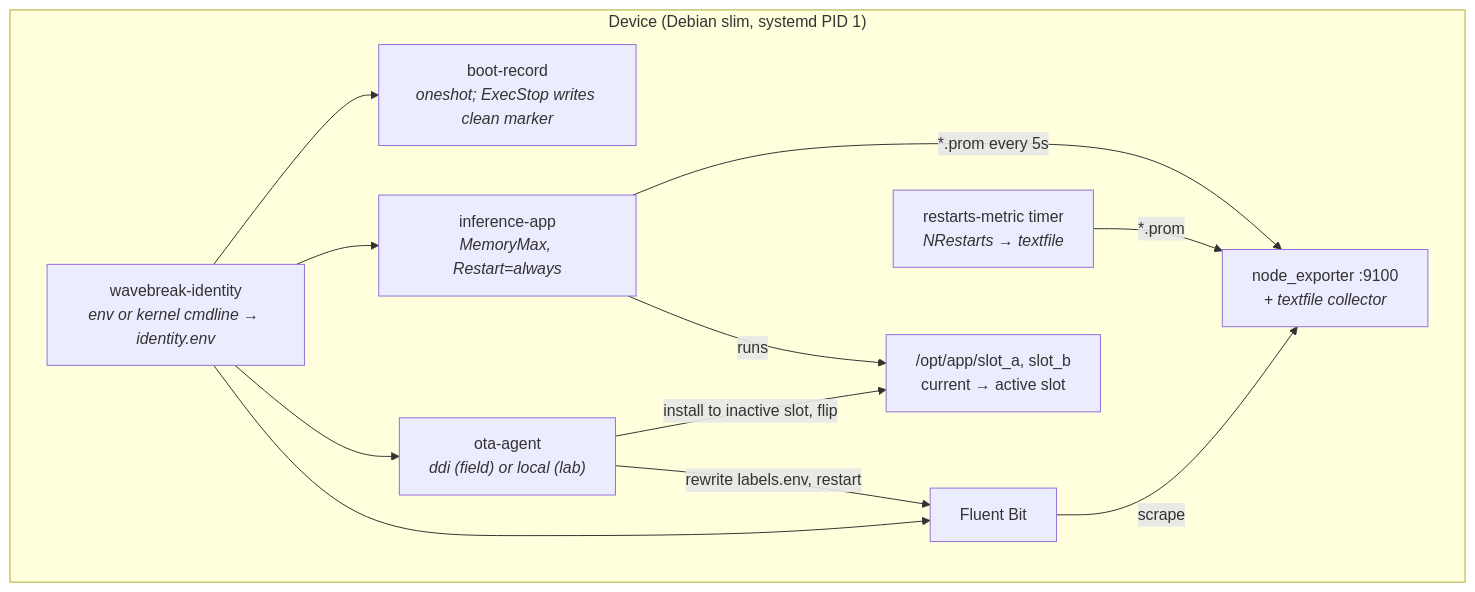
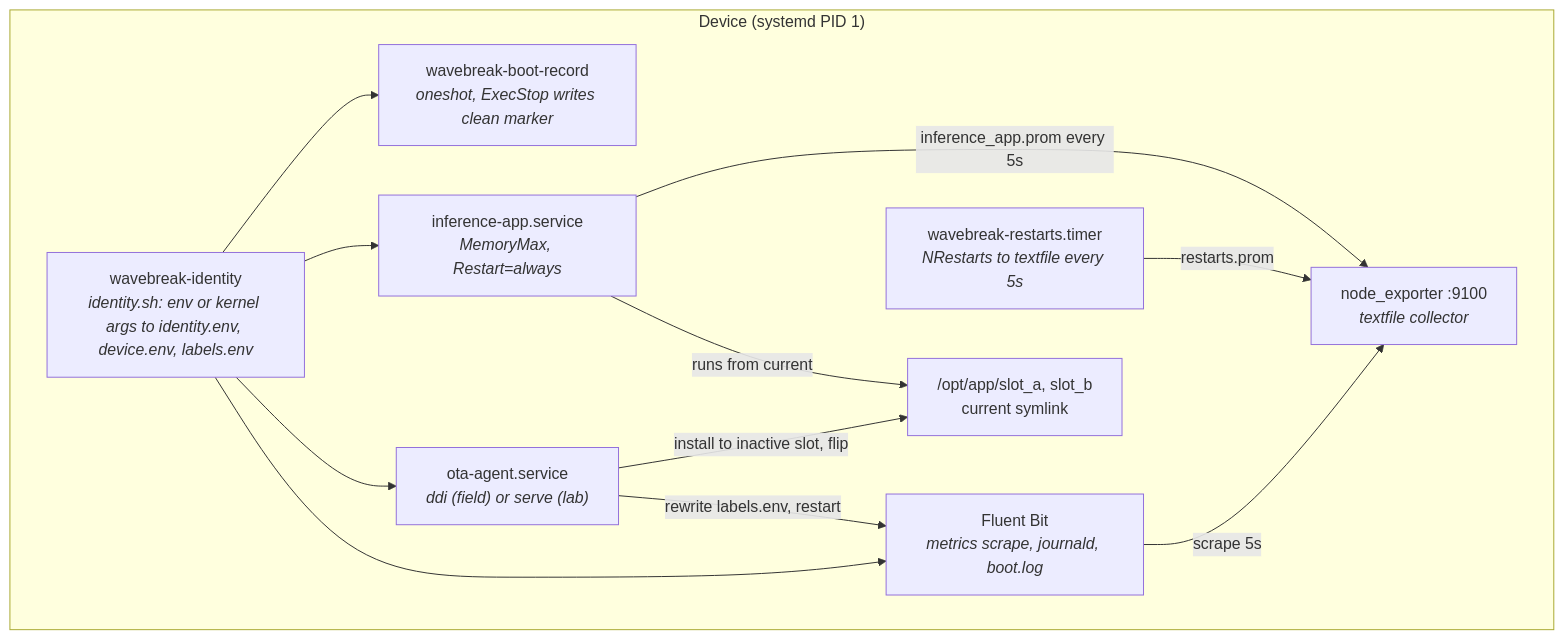
The third of 16 diagrams in docs/architecture.md (phoenixsac/wavebreak), drawn with Mermaid before and after one commit. The commit also changed other lines of this file and 1 other file, not shown here.

First line of the commit message:
Reconcile architecture docs with code

````diff
--- a/docs/architecture.md
+++ b/docs/architecture.md
@@ -116,21 +185,21 @@
 ```mermaid
 flowchart TB
-    subgraph dev["Device (Debian slim, systemd PID 1)"]
-        ident["wavebreak-identity<br/><i>env or kernel cmdline → identity.env</i>"]
-        boot["boot-record<br/><i>oneshot; ExecStop writes clean marker</i>"]
-        app["inference-app<br/><i>MemoryMax, Restart=always</i>"]
-        rst["restarts-metric timer<br/><i>NRestarts → textfile</i>"]
-        ne["node_exporter :9100<br/><i>+ textfile collector</i>"]
-        fb["Fluent Bit"]
-        ota["ota-agent<br/><i>ddi (field) or local (lab)</i>"]
-        slots["/opt/app/slot_a, slot_b<br/>current → active slot"]
+    subgraph dev["Device (systemd PID 1)"]
+        ident["wavebreak-identity<br/><i>identity.sh: env or kernel args to identity.env, device.env, labels.env</i>"]
+        boot["wavebreak-boot-record<br/><i>oneshot, ExecStop writes clean marker</i>"]
+        app["inference-app.service<br/><i>MemoryMax, Restart=always</i>"]
+        rst["wavebreak-restarts.timer<br/><i>NRestarts to textfile every 5s</i>"]
+        ne["node_exporter :9100<br/><i>textfile collector</i>"]
+        fb["Fluent Bit<br/><i>metrics scrape, journald, boot.log</i>"]
+        ota["ota-agent.service<br/><i>ddi (field) or serve (lab)</i>"]
+        slots["/opt/app/slot_a, slot_b<br/>current symlink"]
     end
 
     ident --> boot & app & ota & fb
-    app -- "*.prom every 5s" --> ne
-    rst -- "*.prom" --> ne
-    fb -- "scrape" --> ne
+    app -- "inference_app.prom every 5s" --> ne
+    rst -- "restarts.prom" --> ne
+    fb -- "scrape 5s" --> ne
     ota -- "install to inactive slot, flip" --> slots
-    app -- "runs" --> slots
+    app -- "runs from current" --> slots
     ota -- "rewrite labels.env, restart" --> fb
 ```
````
